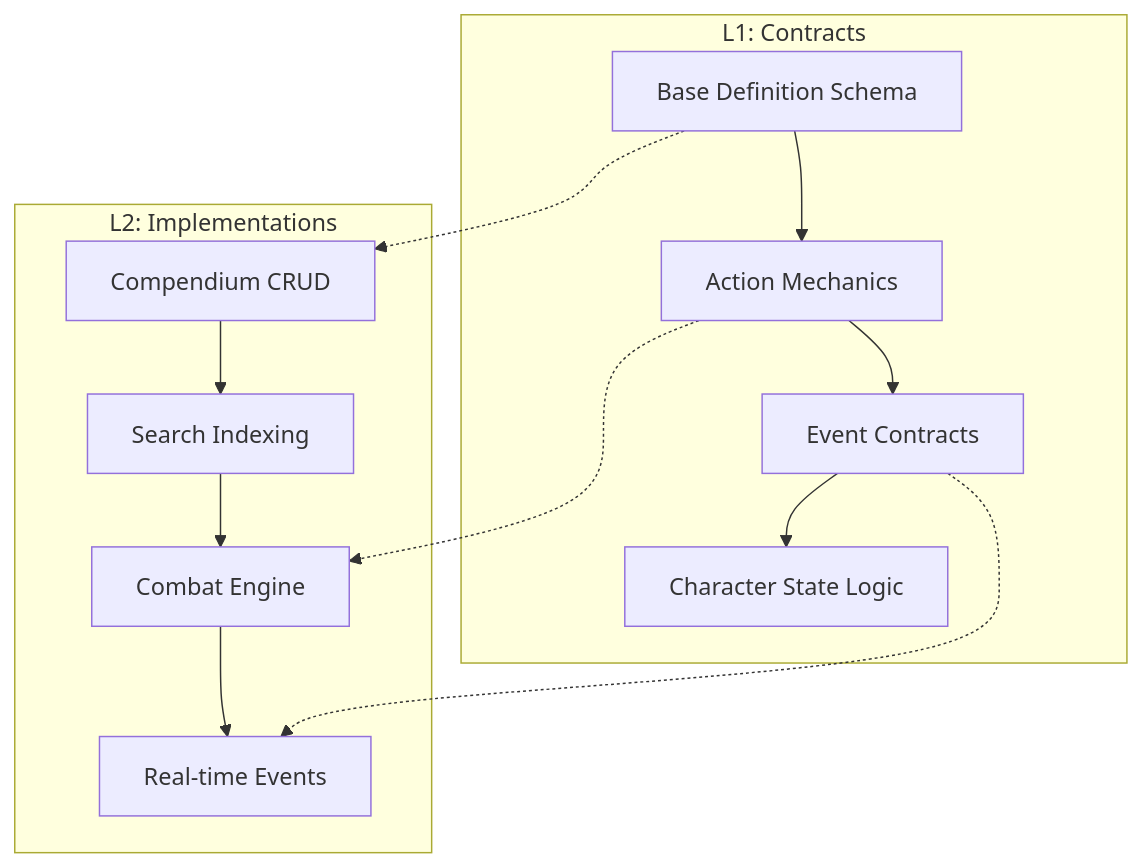
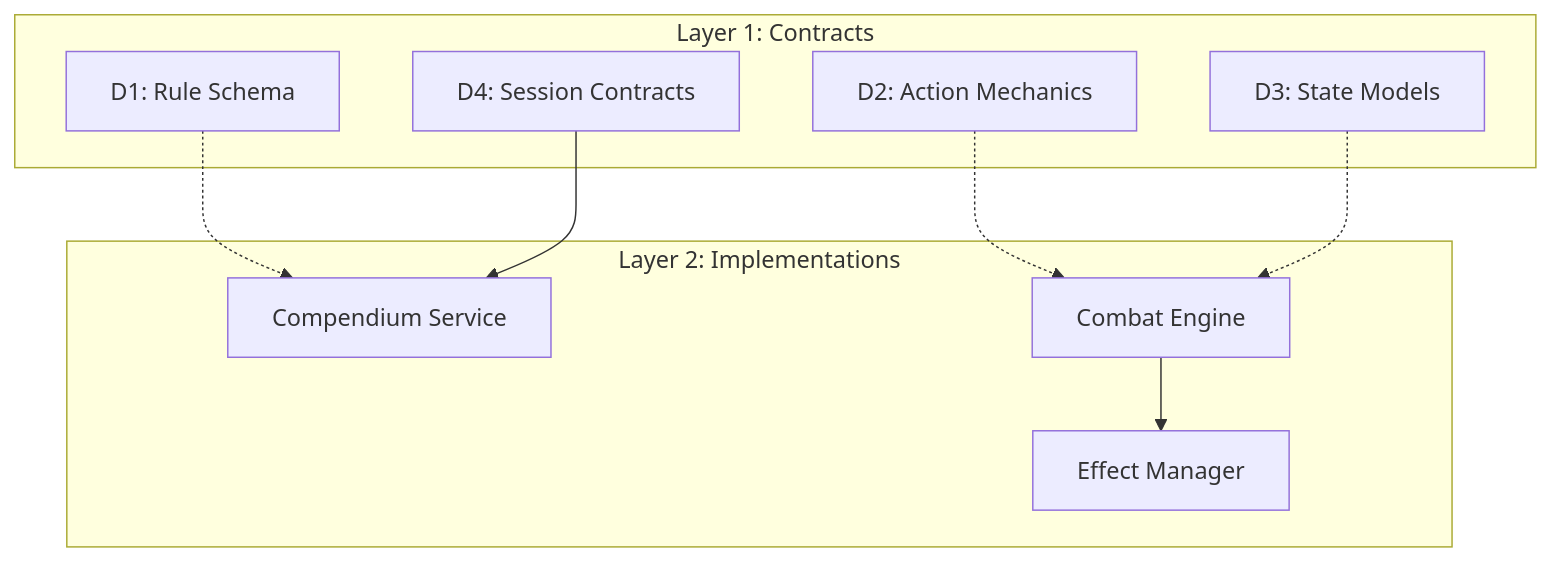
One commit to Pixelfehler310/cmv2 changed the diagram in ISSUES/architecture/PLANNING_OVERVIEW.md. Above: the diagram before and after it, drawn with Mermaid. The commit also changed other lines of this file and 26 other files, not shown here.

````diff
--- a/ISSUES/architecture/PLANNING_OVERVIEW.md
+++ b/ISSUES/architecture/PLANNING_OVERVIEW.md
@@ -18,18 +19,21 @@
 ```mermaid
-graph TD
-    subgraph L1: Contracts
-        C01[Base Definition Schema] --> C02[Action Mechanics]
-        C02 --> C03[Event Contracts]
-        C03 --> C04[Character State Logic]
+graph TB
+    subgraph L1 [Layer 1: Contracts]
+        C_Rules[D1: Rule Schema]
+        C_Action[D2: Action Mechanics]
+        C_State[D3: State Models]
+        C_Bridge[D4: Session Contracts]
     end
 
-    subgraph L2: Implementations
-        I01[Compendium CRUD] --> I02[Search Indexing]
-        I02 --> I03[Combat Engine]
-        I03 --> I04[Real-time Events]
+    subgraph L2 [Layer 2: Implementations]
+        I_Comp[Compendium Service]
+        I_Engine[Combat Engine]
+        I_Effects[Effect Manager]
     end
 
-    C01 -.-> I01
-    C02 -.-> I03
-    C03 -.-> I04
+    C_Rules -.-> I_Comp
+    C_Action -.-> I_Engine
+    C_State -.-> I_Engine
+    I_Engine --> I_Effects
+    C_Bridge --> I_Comp
 ```
````
